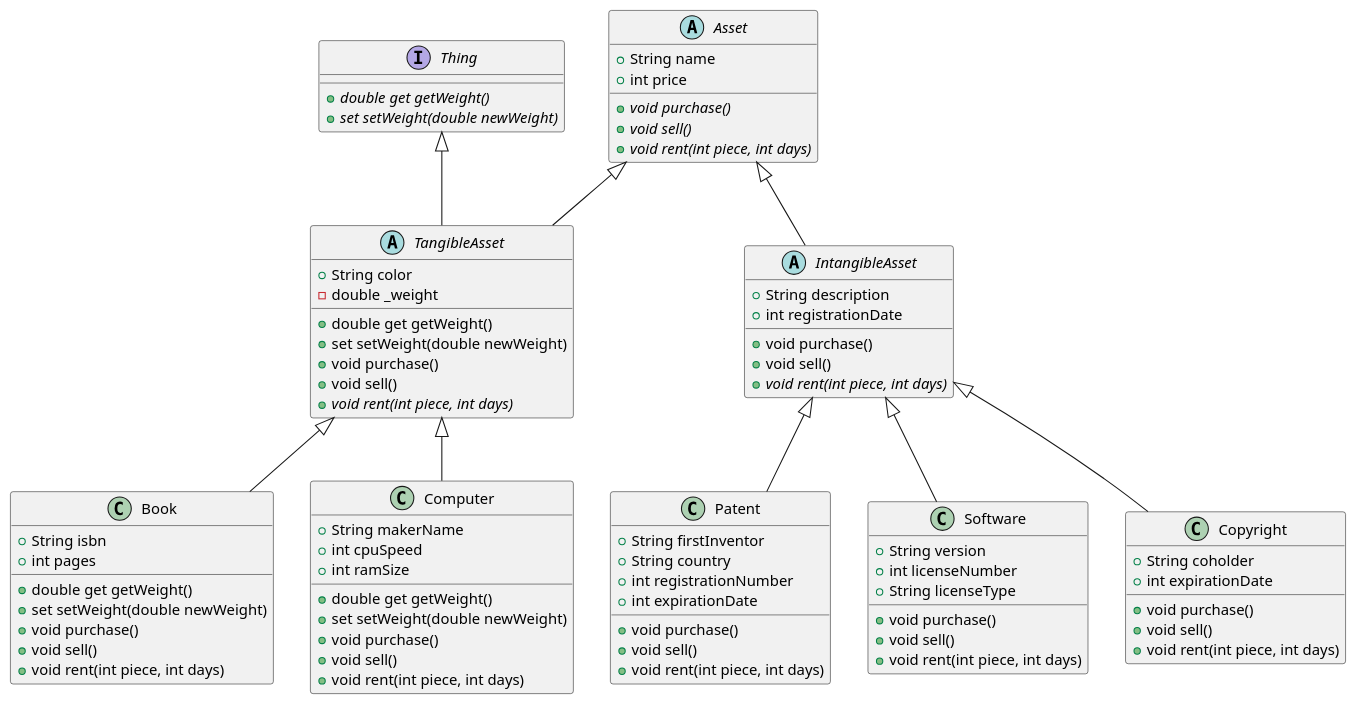
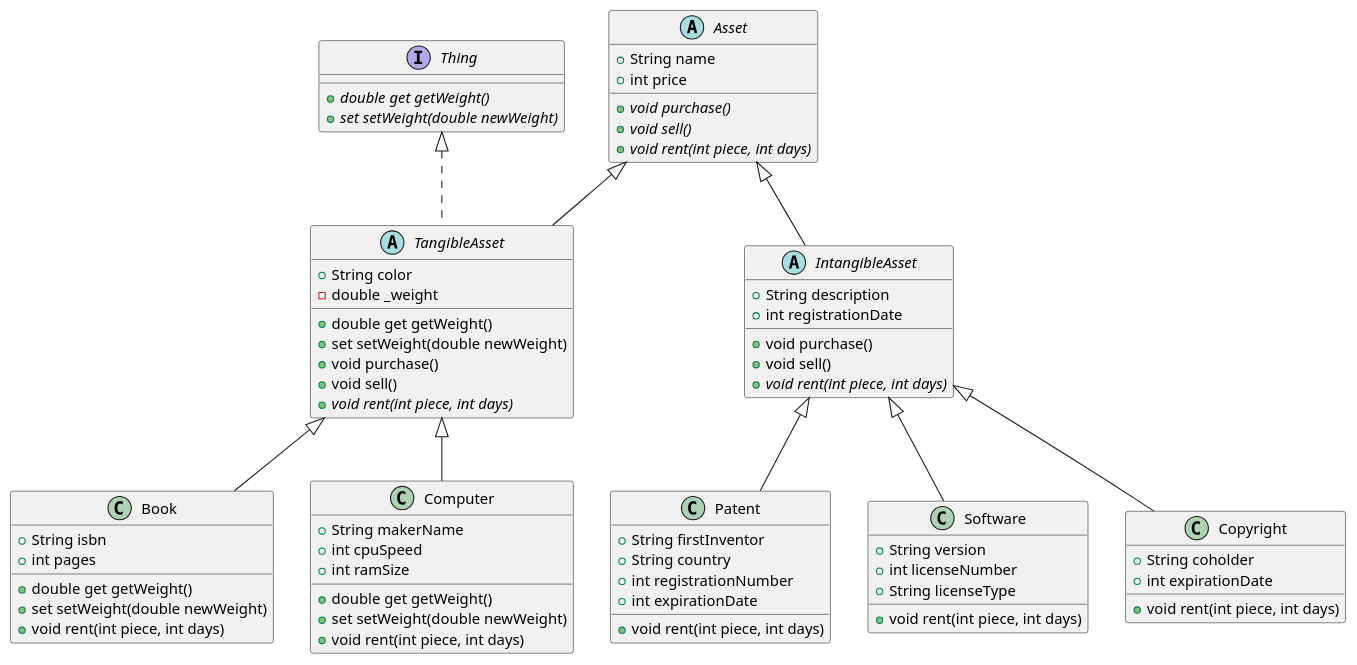
The diagram in lib/05_abstract_class_interface/practice_1234/practice.puml (SeSAC-Flutter-6/learn_dart_together), drawn with PlantUML before and after one commit. The commit also changed 8 other files, not shown here.

```diff
--- a/lib/05_abstract_class_interface/practice_1234/practice.puml
+++ b/lib/05_abstract_class_interface/practice_1234/practice.puml
@@ -1,82 +1,72 @@
 @startuml
 
 interface Thing{
     + {abstract} double get getWeight()
     + {abstract} set setWeight(double newWeight)
 }
 
 abstract Asset{
     + String name
     + int price
     + {abstract} void purchase()
     + {abstract} void sell()
     + {abstract} void rent(int piece, int days)
 }
 
-abstract TangibleAsset extends Asset, Thing{
+abstract TangibleAsset extends Asset implements Thing{
     + String color
     - double _weight
     + double get getWeight()
     + set setWeight(double newWeight)
     + void purchase()
     + void sell()
     + {abstract} void rent(int piece, int days)
 }
 
 abstract IntangibleAsset extends Asset{
     + String description
     + int registrationDate
     + void purchase()
     + void sell()
     + {abstract} void rent(int piece, int days)
 }
 
 class Book extends TangibleAsset{
     + String isbn
     + int pages
     + double get getWeight()
     + set setWeight(double newWeight)
-    + void purchase()
-    + void sell()
     + void rent(int piece, int days)
 }
 
 class Computer extends TangibleAsset{
     + String makerName
     + int cpuSpeed
     + int ramSize
     + double get getWeight()
     + set setWeight(double newWeight)
-    + void purchase()
-    + void sell()
     + void rent(int piece, int days)
 }
 
 class Patent extends IntangibleAsset{
     + String firstInventor
     + String country
     + int registrationNumber
     + int expirationDate
-    + void purchase()
-    + void sell()
     + void rent(int piece, int days)
 }
 
 class Software extends IntangibleAsset{
     + String version
     + int licenseNumber
     + String licenseType
-    + void purchase()
-    + void sell()
     + void rent(int piece, int days)
 }
 
 class Copyright extends IntangibleAsset{
     + String coholder
     + int expirationDate
-    + void purchase()
-    + void sell()
     + void rent(int piece, int days)
 }
 
 @enduml
```
